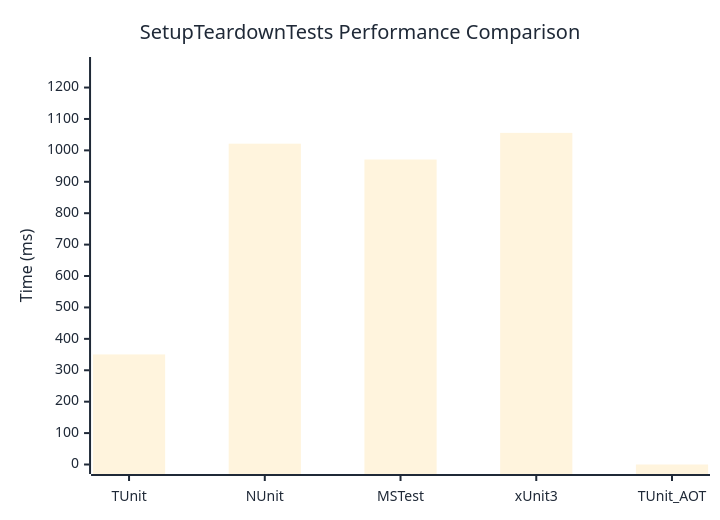
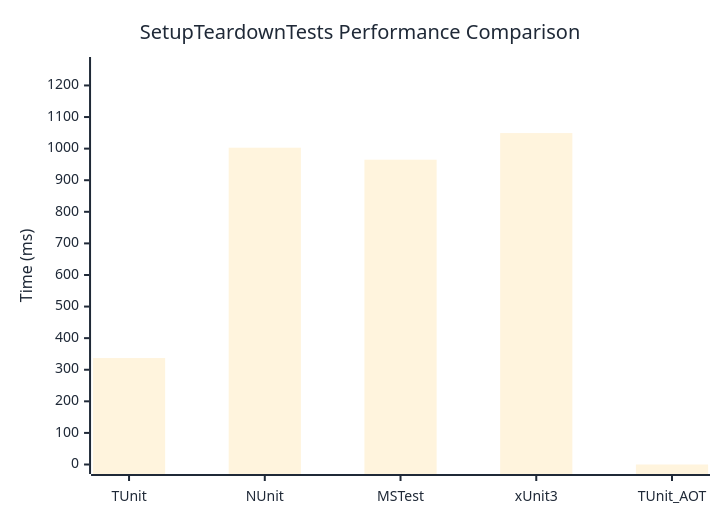
One commit to thomhurst/TUnit changed the diagram in docs/docs/benchmarks/engine/SetupTeardownTests.md. Above: the diagram before and after it, drawn with Mermaid. The commit also changed other lines of this file and 17 other files, not shown here.

````diff
--- a/docs/docs/benchmarks/engine/SetupTeardownTests.md
+++ b/docs/docs/benchmarks/engine/SetupTeardownTests.md
@@ -29,37 +29,37 @@
 ```mermaid
 %%{init: {
   'theme':'base',
   'themeVariables': {
     'primaryColor': '#2563eb',
     'primaryTextColor': '#1f2937',
     'primaryBorderColor': '#1e40af',
     'lineColor': '#6b7280',
     'secondaryColor': '#7c3aed',
     'tertiaryColor': '#dc2626',
     'background': '#ffffff',
     'mainBkg': '#2563eb',
     'secondBkg': '#7c3aed',
     'tertiaryBkg': '#dc2626',
     'clusterBkg': '#f3f4f6',
     'edgeLabelBackground': '#ffffff',
     'tertiaryTextColor': '#1f2937',
     'pie1': '#2563eb',
     'pie2': '#7c3aed',
     'pie3': '#dc2626',
     'pie4': '#f59e0b',
     'pie5': '#10b981',
     'pie6': '#06b6d4',
     'pie7': '#ec4899',
     'pie8': '#6366f1',
     'pie9': '#84cc16',
     'pie10': '#f97316',
     'pie11': '#14b8a6',
     'pie12': '#a855f7'
   }
 }}%%
 xychart-beta
   title "SetupTeardownTests Performance Comparison"
   x-axis ["TUnit", "NUnit", "MSTest", "xUnit3", "TUnit_AOT"]
-  y-axis "Time (ms)" 0 --> 1267
-  bar [350.4, 1021.3, 970.9, 1055.7, 0]
+  y-axis "Time (ms)" 0 --> 1260
+  bar [337, 1002.9, 964.9, 1049.2, 0]
 ```
````
